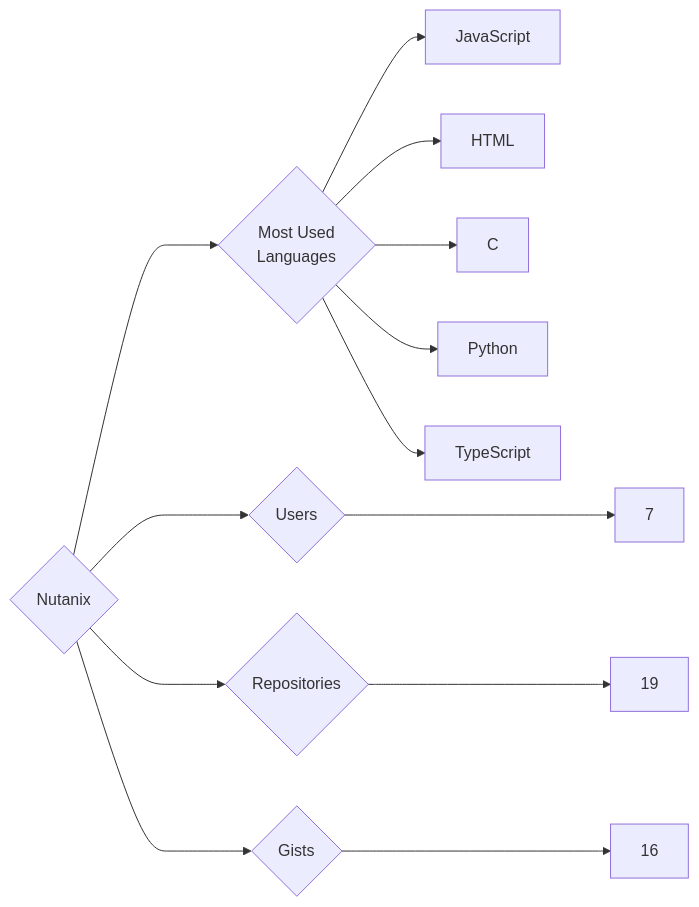
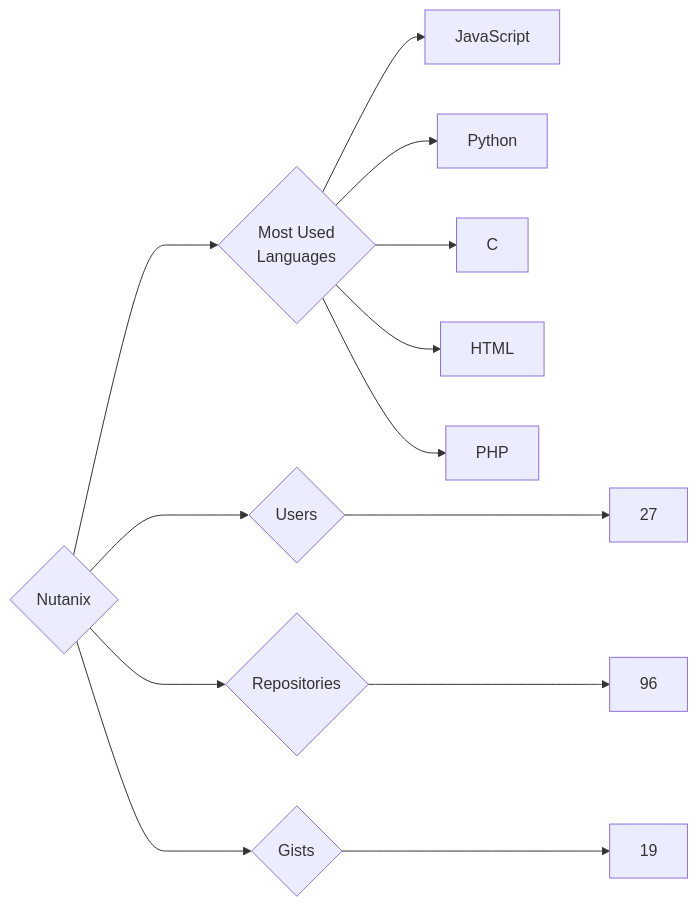
The diagram in targets/Nutanix/README.md (trickest/insiders), drawn with Mermaid before and after one commit. The commit also changed 871 other files, not shown here.

````diff
--- a/targets/Nutanix/README.md
+++ b/targets/Nutanix/README.md
@@ -3,13 +3,13 @@
 ```mermaid
 graph LR
 COMPANY_NAME{Nutanix}
-COMPANY_NAME ---> U{Users} ---> UN[7]
-COMPANY_NAME ---> R{Repositories} ---> RN[19]
-COMPANY_NAME ---> G{Gists} ---> GN[16]
+COMPANY_NAME ---> U{Users} ---> UN[27]
+COMPANY_NAME ---> R{Repositories} ---> RN[96]
+COMPANY_NAME ---> G{Gists} ---> GN[19]
 COMPANY_NAME ---> ML{Most Used<br>Languages}
 ML --> JavaScript[JavaScript]
+ML --> Python[Python]
+ML --> C[C]
 ML --> HTML[HTML]
-ML --> C[C]
-ML --> Python[Python]
-ML --> TypeScript[TypeScript]
+ML --> PHP[PHP]
 ```
````
